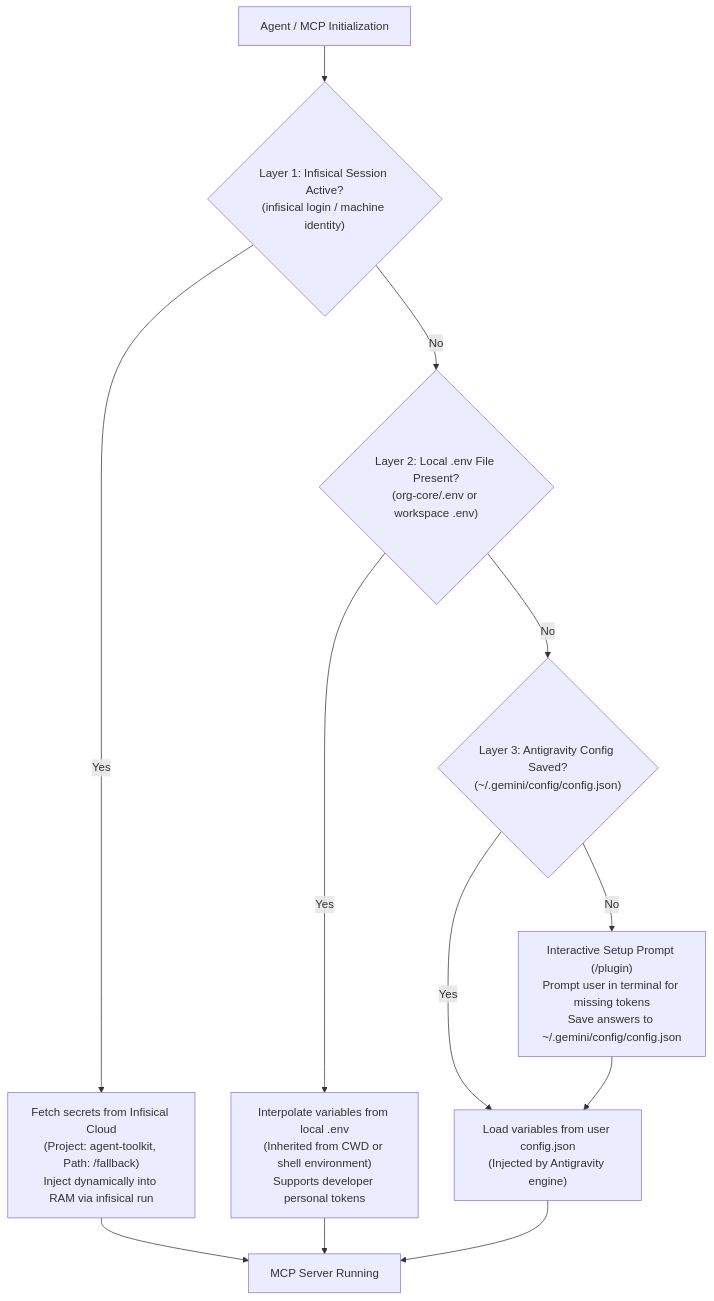
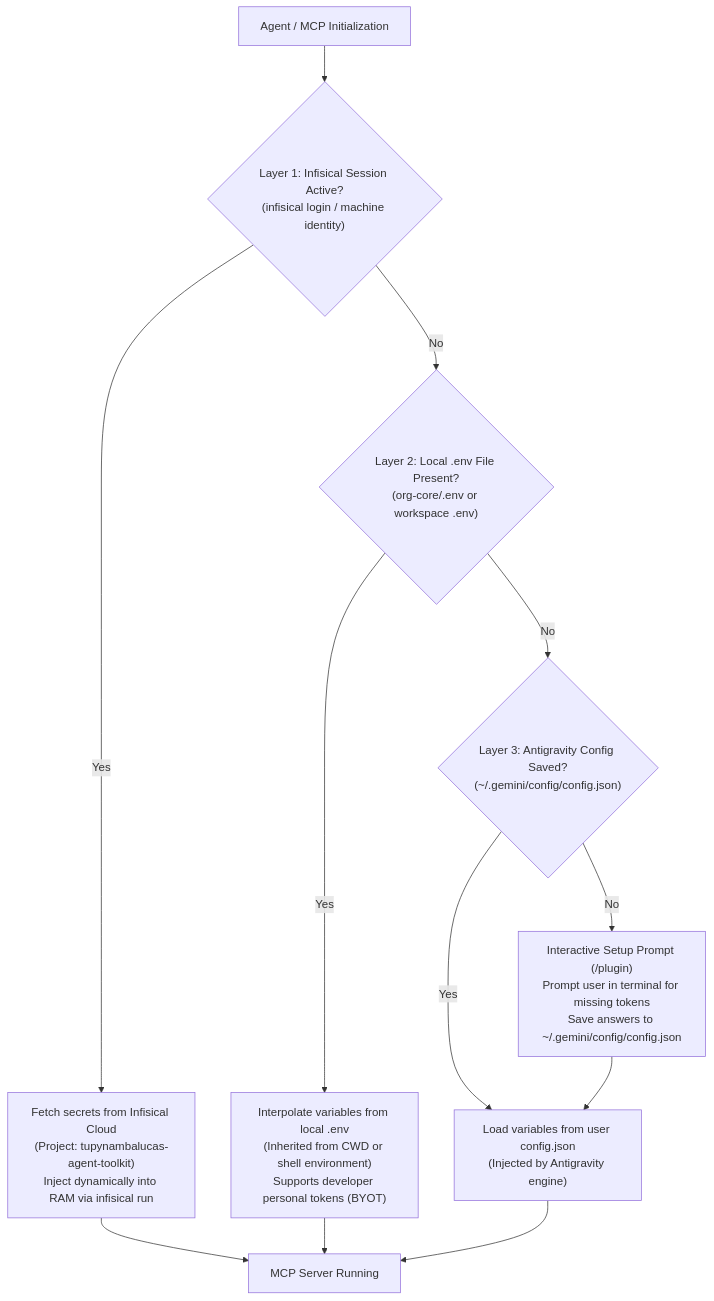
The first of 3 diagrams in .agents/plans/infisical-secret-governance-and-multi-layer-fallback.md (tupynambalucas-dev/.github), drawn with Mermaid before and after one commit. The commit also changed other lines of this file, not shown here.

Commit message:
docs(plans): update enterprise naming conventions for infisical and cloudflare

````diff
--- a/.agents/plans/infisical-secret-governance-and-multi-layer-fallback.md
+++ b/.agents/plans/infisical-secret-governance-and-multi-layer-fallback.md
@@ -18,20 +18,20 @@
 ```mermaid
 flowchart TD
   Start["Agent / MCP Initialization"] --> CheckInfisical{"Layer 1: Infisical Session Active?<br/>(infisical login / machine identity)"}
   
-  CheckInfisical -- Yes --> InjectInfisical["Fetch secrets from Infisical Cloud<br/>(Project: agent-toolkit, Path: /fallback)<br/>Inject dynamically into RAM via infisical run"]
+  CheckInfisical -- Yes --> InjectInfisical["Fetch secrets from Infisical Cloud<br/>(Project: tupynambalucas-agent-toolkit)<br/>Inject dynamically into RAM via infisical run"]
   InjectInfisical --> Ready["MCP Server Running"]
 
   CheckInfisical -- No --> CheckEnvFile{"Layer 2: Local .env File Present?<br/>(org-core/.env or workspace .env)"}
   
-  CheckEnvFile -- Yes --> InjectEnvFile["Interpolate variables from local .env<br/>(Inherited from CWD or shell environment)<br/>Supports developer personal tokens"]
+  CheckEnvFile -- Yes --> InjectEnvFile["Interpolate variables from local .env<br/>(Inherited from CWD or shell environment)<br/>Supports developer personal tokens (BYOT)"]
   InjectEnvFile --> Ready
 
   CheckEnvFile -- No --> CheckAgyConfig{"Layer 3: Antigravity Config Saved?<br/>(~/.gemini/config/config.json)"}
   
   CheckAgyConfig -- Yes --> InjectAgyConfig["Load variables from user config.json<br/>(Injected by Antigravity engine)"]
   InjectAgyConfig --> Ready
 
   CheckAgyConfig -- No --> PromptUser["Interactive Setup Prompt (/plugin)<br/>Prompt user in terminal for missing tokens<br/>Save answers to ~/.gemini/config/config.json"]
   PromptUser --> InjectAgyConfig
 ```
````
